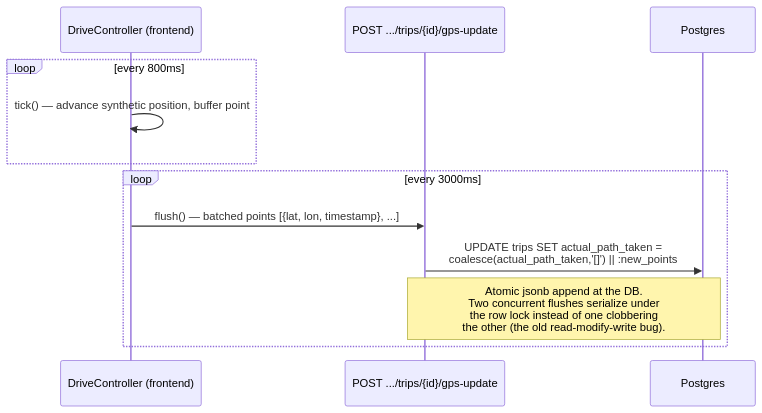
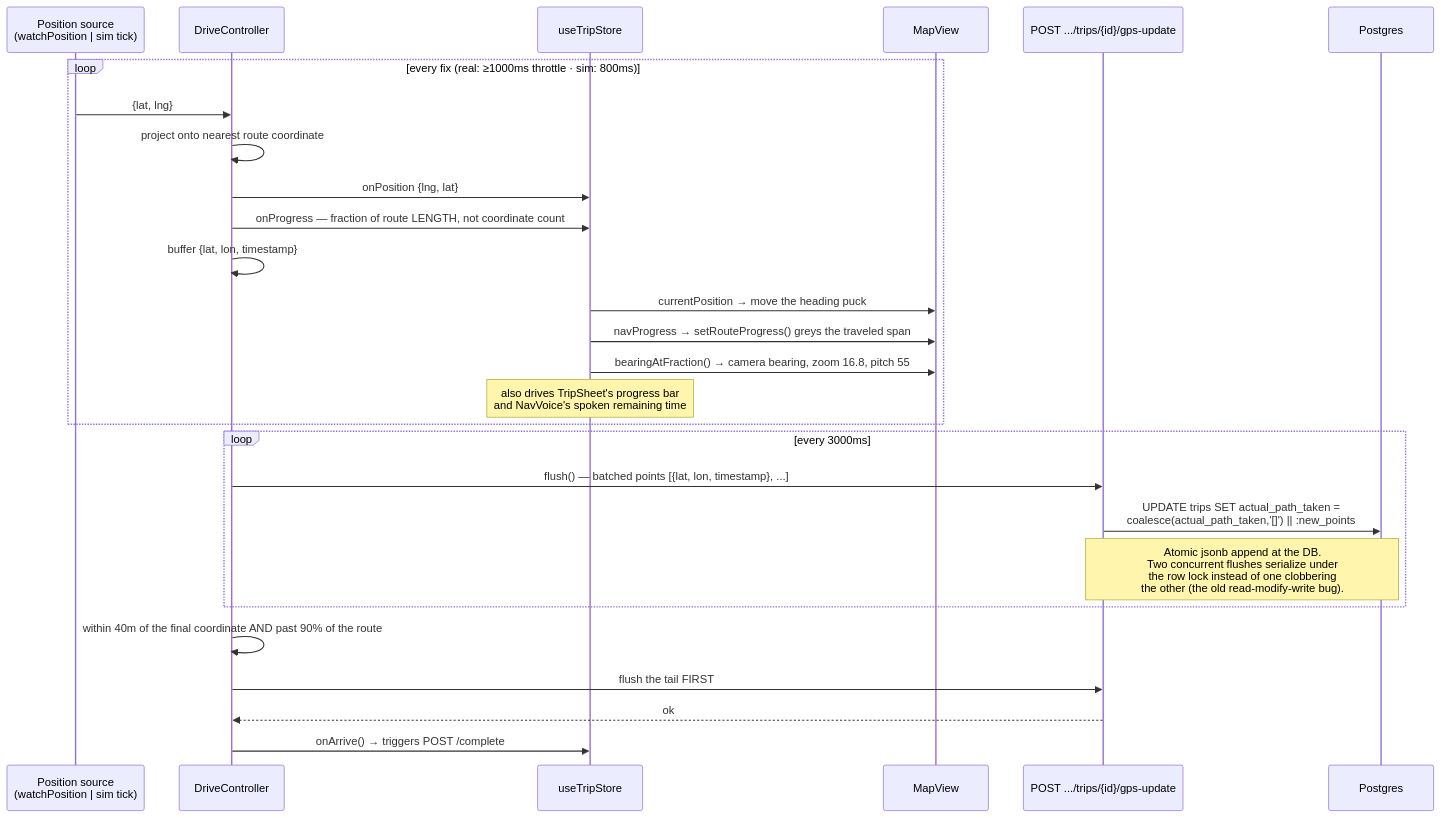
The fifth of 7 diagrams in docs/data-flow.md (bjd273/gloway), drawn with Mermaid before and after one commit. The commit also changed other lines of this file and 12 other files, not shown here.

````diff
--- a/docs/data-flow.md
+++ b/docs/data-flow.md
@@ -130,15 +149,32 @@
 ```mermaid
 sequenceDiagram
-    participant DC as DriveController (frontend)
+    participant GPS as Position source<br/>(watchPosition | sim tick)
+    participant DC as DriveController
+    participant Store as useTripStore
+    participant Map as MapView
     participant API as POST .../trips/{id}/gps-update
     participant DB as Postgres
 
-    loop every 800ms
-        DC->>DC: tick() — advance synthetic position, buffer point
+    loop every fix (real: ≥1000ms throttle · sim: 800ms)
+        GPS->>DC: {lat, lng}
+        DC->>DC: project onto nearest route coordinate
+        DC->>Store: onPosition {lng, lat}
+        DC->>Store: onProgress — fraction of route LENGTH, not coordinate count
+        DC->>DC: buffer {lat, lon, timestamp}
+        Store->>Map: currentPosition → move the heading puck
+        Store->>Map: navProgress → setRouteProgress() greys the traveled span
+        Store->>Map: bearingAtFraction() → camera bearing, zoom 16.8, pitch 55
+        Note over Store: also drives TripSheet's progress bar<br/>and NavVoice's spoken remaining time
     end
+
     loop every 3000ms
         DC->>API: flush() — batched points [{lat, lon, timestamp}, ...]
         API->>DB: UPDATE trips SET actual_path_taken =<br/>coalesce(actual_path_taken,'[]') || :new_points
         Note over API,DB: Atomic jsonb append at the DB.<br/>Two concurrent flushes serialize under<br/>the row lock instead of one clobbering<br/>the other (the old read-modify-write bug).
     end
+
+    DC->>DC: within 40m of the final coordinate AND past 90% of the route
+    DC->>API: flush the tail FIRST
+    API-->>DC: ok
+    DC->>Store: onArrive() → triggers POST /complete
 ```
````
